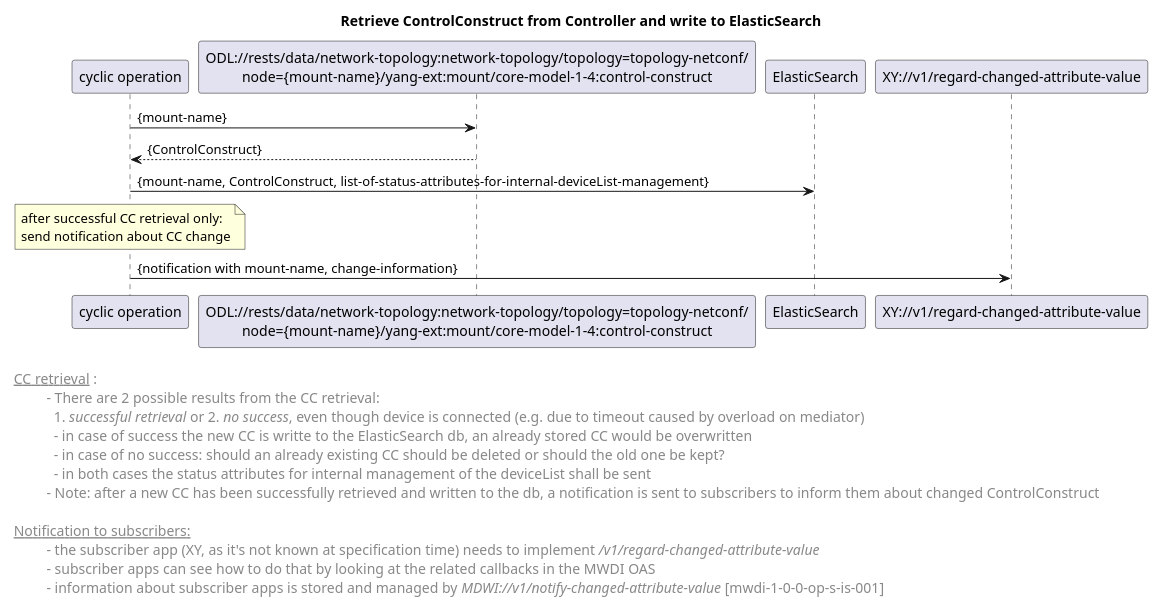
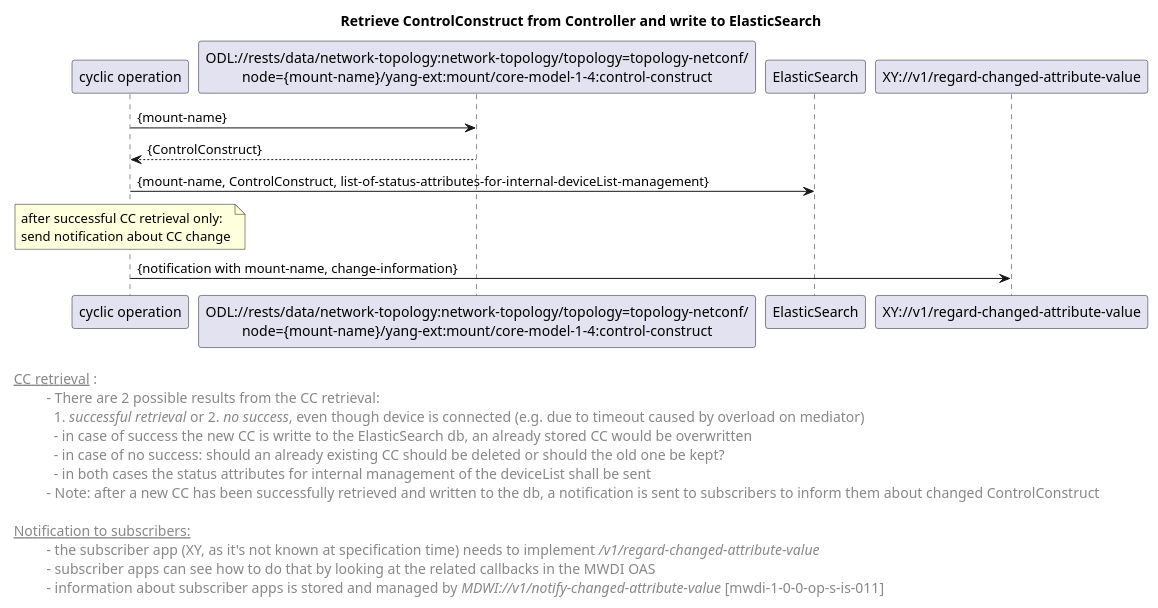
The diagram in spec/diagrams/03x_forwardingCyclicOperationRetrieveControlConstruct.plantuml (openBackhaul/MicroWaveDeviceInventory), drawn with PlantUML before and after one commit. The commit also changed 7 other files, not shown here.

```diff
--- a/spec/diagrams/03x_forwardingCyclicOperationRetrieveControlConstruct.plantuml
+++ b/spec/diagrams/03x_forwardingCyclicOperationRetrieveControlConstruct.plantuml
@@ -1,53 +1,53 @@
 @startuml
 skinparam responseMessageBelowArrow true
 skinparam guillemet [ ]
 skinparam participant {
   StereotypeFontSize 12  
 }
 hide stereotype
 
 title Retrieve ControlConstruct from Controller and write to ElasticSearch
 
 'participants
 participant "cyclic operation" as cyclicop
 participant "ODL://rests/data/network-topology:network-topology/topology=topology-netconf/\nnode={mount-name}/yang-ext:mount/core-model-1-4:control-construct" as odlcc <<mwdi-1-0-0-op-c-is-c-4-0-2-010>>
 participant "ElasticSearch" as es <<mwdi-1-0-0-es-c-es-1-0-0-000>>
 participant "XY://v1/regard-changed-attribute-value" as notification <<mwdi-1-0-0-op-c-is-xy-1-0-0-000>>
 
 cyclicop -> odlcc: {mount-name}
 odlcc --> cyclicop: {ControlConstruct}
 
 
 cyclicop -> es: {mount-name, ControlConstruct, list-of-status-attributes-for-internal-deviceList-management}
 
 note over cyclicop: after successful CC retrieval only: \nsend notification about CC change
 
 cyclicop -> notification: {notification with mount-name, change-information}
 
 
 
 left footer 
 
 <u> CC retrieval </u>:
 \t  - There are 2 possible results from the CC retrieval: 
 \t    1. <i>successful retrieval</i> or 2. <i>no success</i>, even though device is connected (e.g. due to timeout caused by overload on mediator)
 \t    - in case of success the new CC is writte to the ElasticSearch db, an already stored CC would be overwritten
 \t    - in case of no success: should an already existing CC should be deleted or should the old one be kept?
 \t    - in both cases the status attributes for internal management of the deviceList shall be sent
 \t  - Note: after a new CC has been successfully retrieved and written to the db, a notification is sent to subscribers to inform them about changed ControlConstruct
 
 <u> Notification to subscribers: </u>
 \t  - the subscriber app (XY, as it's not known at specification time) needs to implement <i>/v1/regard-changed-attribute-value</i>
 \t  - subscriber apps can see how to do that by looking at the related callbacks in the MWDI OAS 
-\t  - information about subscriber apps is stored and managed by <i>MDWI://v1/notify-changed-attribute-value</i> [mwdi-1-0-0-op-s-is-001]
+\t  - information about subscriber apps is stored and managed by <i>MDWI://v1/notify-changed-attribute-value</i> [mwdi-1-0-0-op-s-is-011]
 end footer
 
 <style>
 footer {
   HorizontalAlignment left
   FontSize 14
 }
 </style>
 
 
 @enduml
```
